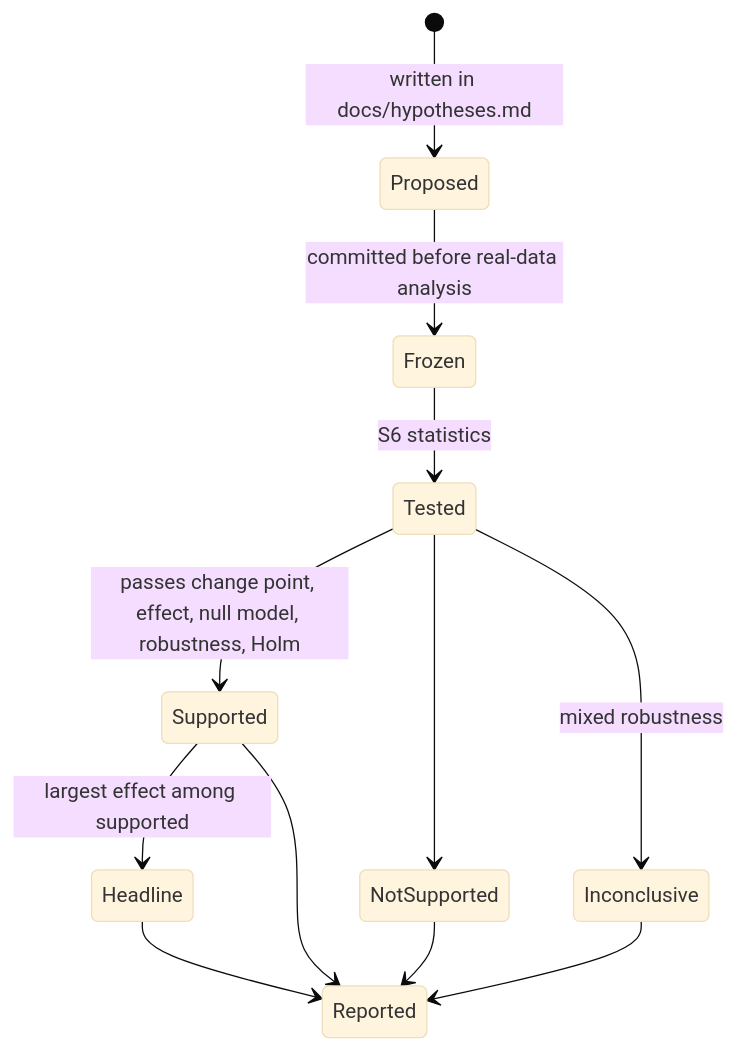
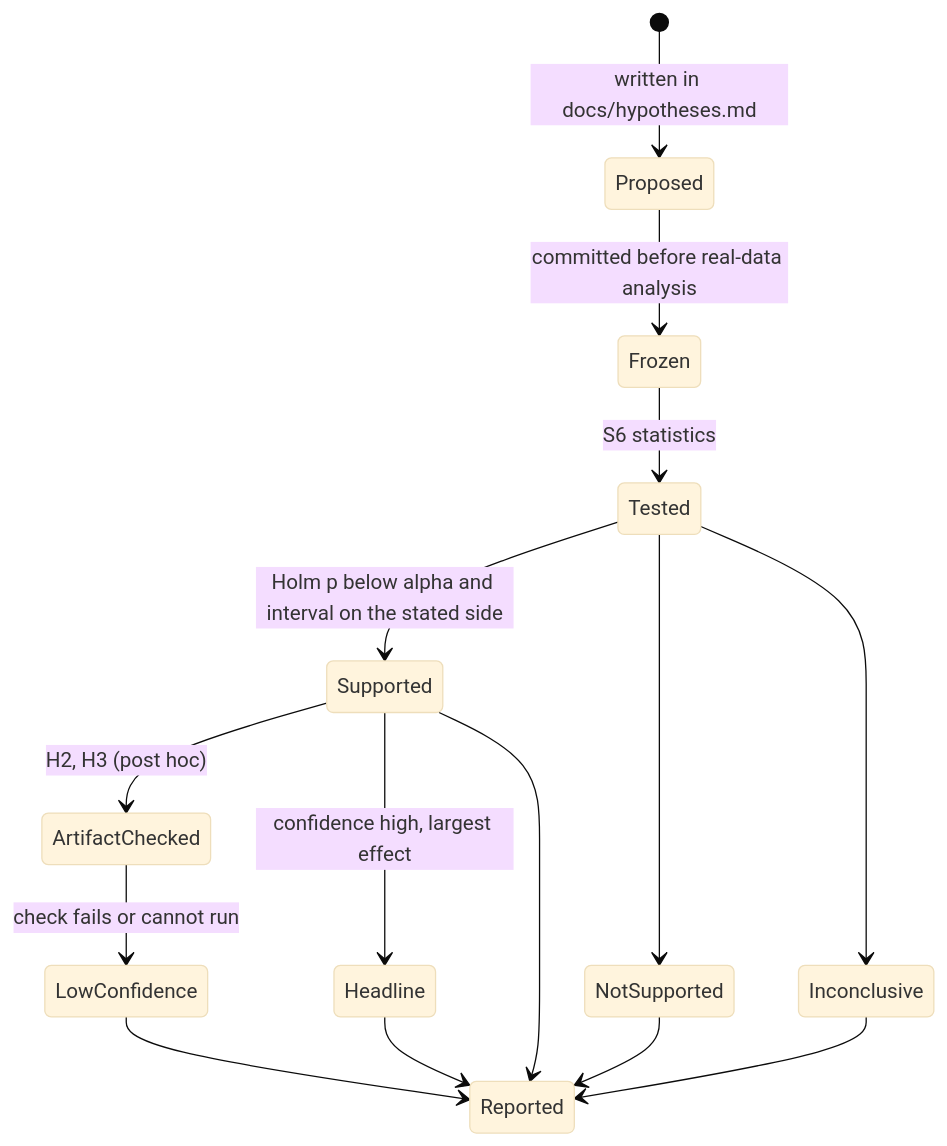
Before and after one commit to marcusvieira88/network-science: the third of 3 diagrams in specs/001-enron-network-analysis/data-model.md, drawn with Mermaid (base theme). The commit also changed other lines of this file and 2 other files, not shown here.

First line of the commit message:
Docs as built: contracts 1.4, header allowlist as enforced, data model

````diff
--- a/specs/001-enron-network-analysis/data-model.md
+++ b/specs/001-enron-network-analysis/data-model.md
@@ -103,14 +134,17 @@
 ```mermaid
 stateDiagram-v2
     [*] --> Proposed: written in docs/hypotheses.md
     Proposed --> Frozen: committed before real-data analysis
     Frozen --> Tested: S6 statistics
-    Tested --> Supported: passes change point, effect, null model, robustness, Holm
+    Tested --> Supported: Holm p below alpha and interval on the stated side
     Tested --> NotSupported
-    Tested --> Inconclusive: mixed robustness
-    Supported --> Headline: largest effect among supported
+    Tested --> Inconclusive
+    Supported --> ArtifactChecked: H2, H3 (post hoc)
+    ArtifactChecked --> LowConfidence: check fails or cannot run
+    Supported --> Headline: confidence high, largest effect
     Supported --> Reported
+    LowConfidence --> Reported
     NotSupported --> Reported
     Inconclusive --> Reported
     Headline --> Reported
 ```
````
